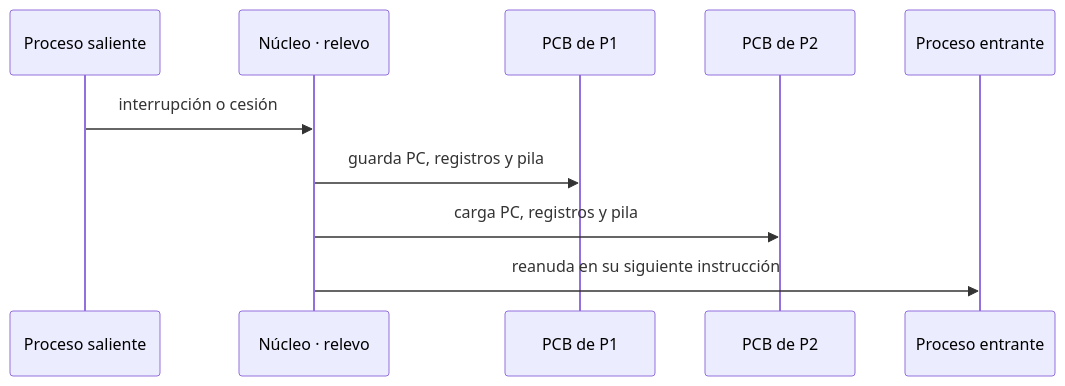
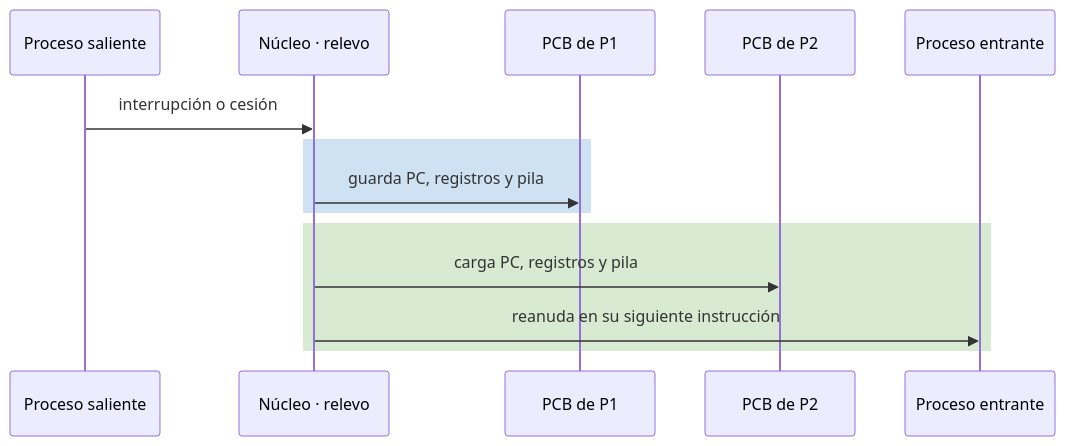
Before and after one commit to asiermarzo/ssoo: the fifth of 6 diagrams in TEORIA/04-planificacion-de-procesos/README.md, drawn with Mermaid. The commit also changed other lines of this file and 25 other files, not shown here.

Commit message:
refinado de diagramas mermaid y svg

````diff
--- a/TEORIA/04-planificacion-de-procesos/README.md
+++ b/TEORIA/04-planificacion-de-procesos/README.md
@@ -310,12 +345,16 @@
 ```mermaid
 sequenceDiagram
     participant P1 as Proceso saliente
     participant SO as Núcleo · relevo
     participant PCB1 as PCB de P1
     participant PCB2 as PCB de P2
     participant P2 as Proceso entrante
     P1->>SO: interrupción o cesión
+    rect rgb(207, 226, 243)
     SO->>PCB1: guarda PC, registros y pila
+    end
+    rect rgb(217, 234, 211)
     SO->>PCB2: carga PC, registros y pila
     SO->>P2: reanuda en su siguiente instrucción
+    end
 ```
````
